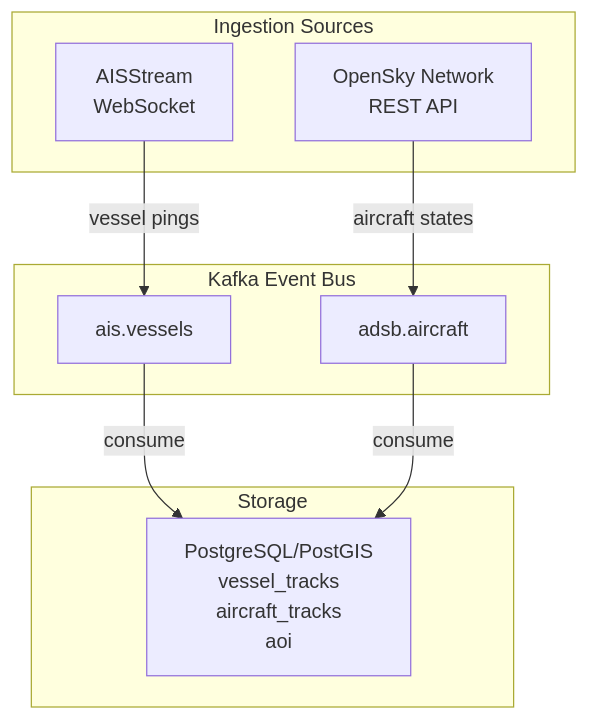
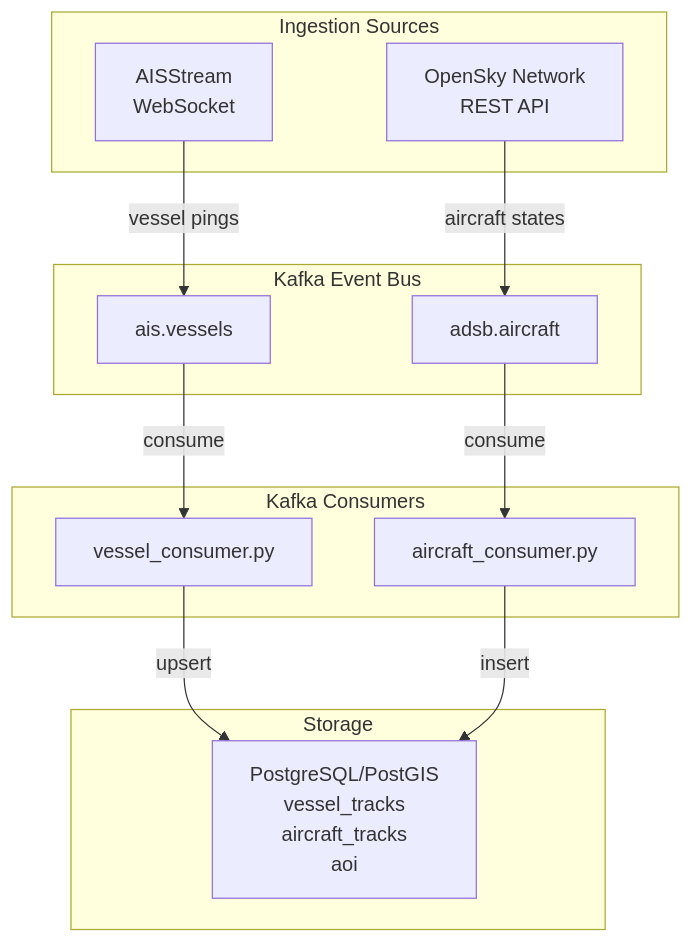
Before and after one commit to cristi4nhdz/geospatial-activity-pipeline: the diagram in README.md, drawn with Mermaid. The commit also changed other lines of this file, not shown here.

````diff
--- a/README.md
+++ b/README.md
@@ -29,21 +29,28 @@
 ```mermaid
 flowchart TD
     subgraph Sources["Ingestion Sources"]
         AIS["AISStream\nWebSocket"]
         OpenSky["OpenSky Network\nREST API"]
     end
 
     subgraph Kafka["Kafka Event Bus"]
         K1["ais.vessels"]
         K2["adsb.aircraft"]
     end
 
+    subgraph Consumers["Kafka Consumers"]
+        C1["vessel_consumer.py"]
+        C2["aircraft_consumer.py"]
+    end
+
     subgraph Storage["Storage"]
         PG["PostgreSQL/PostGIS\nvessel_tracks\naircraft_tracks\naoi"]
     end
 
     AIS -->|vessel pings| K1
     OpenSky -->|aircraft states| K2
-    K1 -->|consume| PG
-    K2 -->|consume| PG
+    K1 -->|consume| C1
+    K2 -->|consume| C2
+    C1 -->|upsert| PG
+    C2 -->|insert| PG
 ```
````
